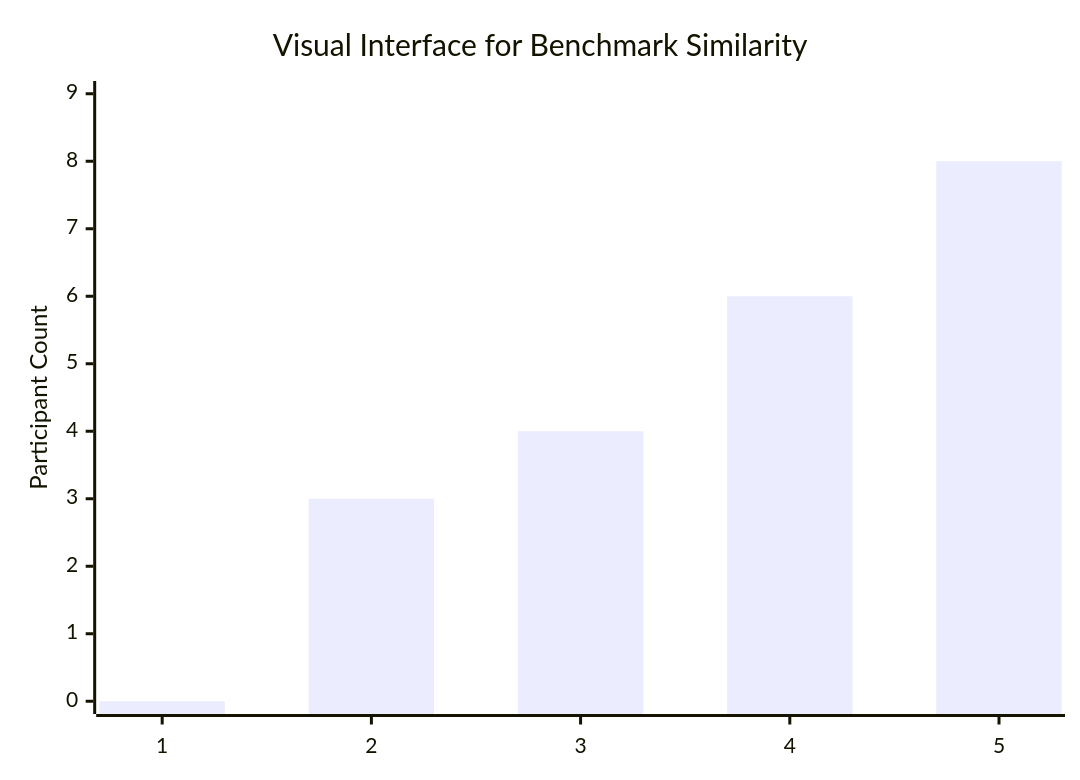
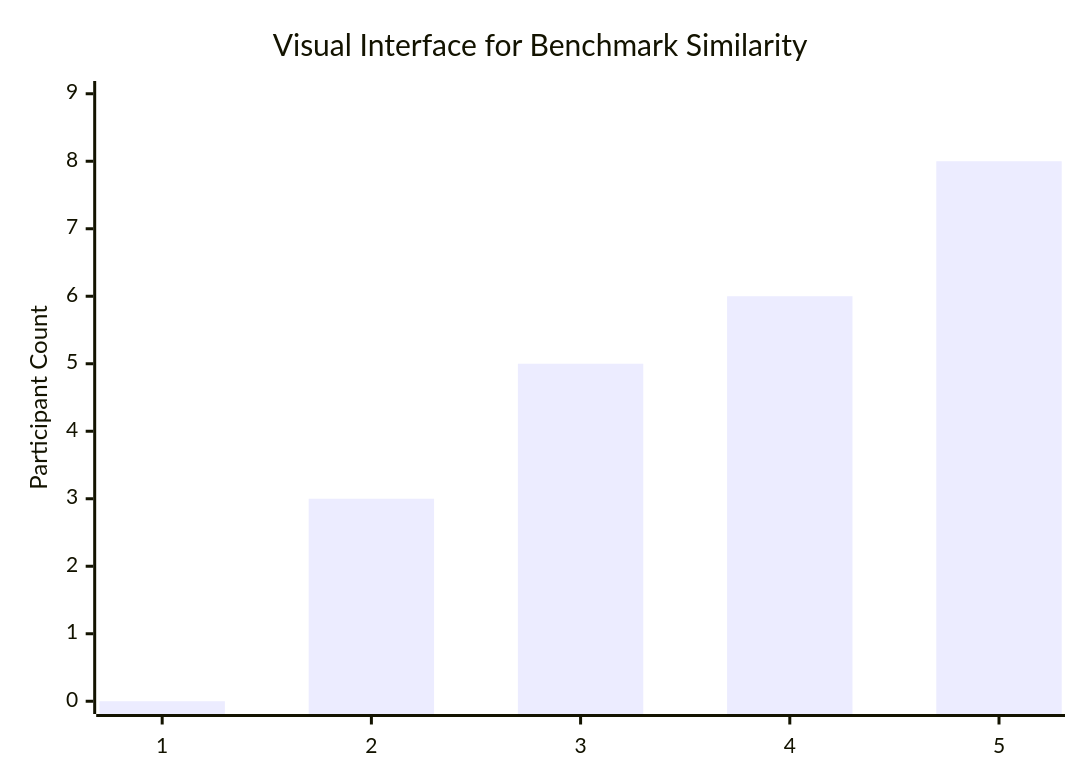
Before and after one commit to anonym-evalpro/EvalPro: diagram 11 of 15 in Search/README.md, drawn with Mermaid. The commit also changed other lines of this file and 1 other file, not shown here.

````diff
--- a/Search/README.md
+++ b/Search/README.md
@@ -123,7 +123,7 @@
        ```mermaid
         xychart-beta
         title "Visual Interface for Benchmark Similarity"
         x-axis ["1", "2", "3", "4", "5"]
         y-axis "Participant Count" 0 --> 9
-        bar [0, 3, 4, 6, 8]
+        bar [0, 3, 5, 6, 8]
        ```
````
